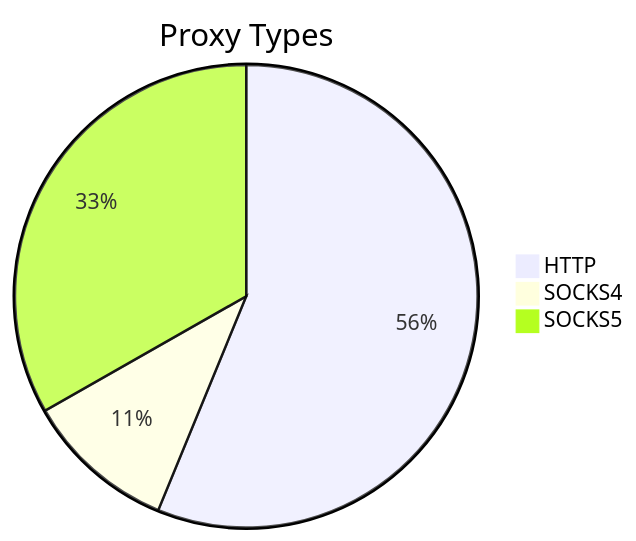
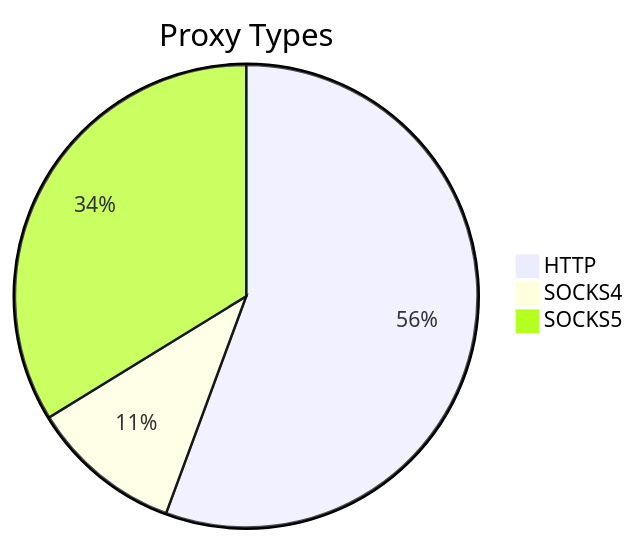
The first of 2 diagrams in README.md (stormsia/proxy-list), drawn with Mermaid before and after one commit. The commit also changed other lines of this file, not shown here.

````diff
--- a/README.md
+++ b/README.md
@@ -21,6 +21,6 @@
 ```mermaid
 pie title Proxy Types
-    "HTTP" : 181
-    "SOCKS4" : 34
-    "SOCKS5" : 107
+    "HTTP" : 168
+    "SOCKS4" : 32
+    "SOCKS5" : 102
 ```
````
